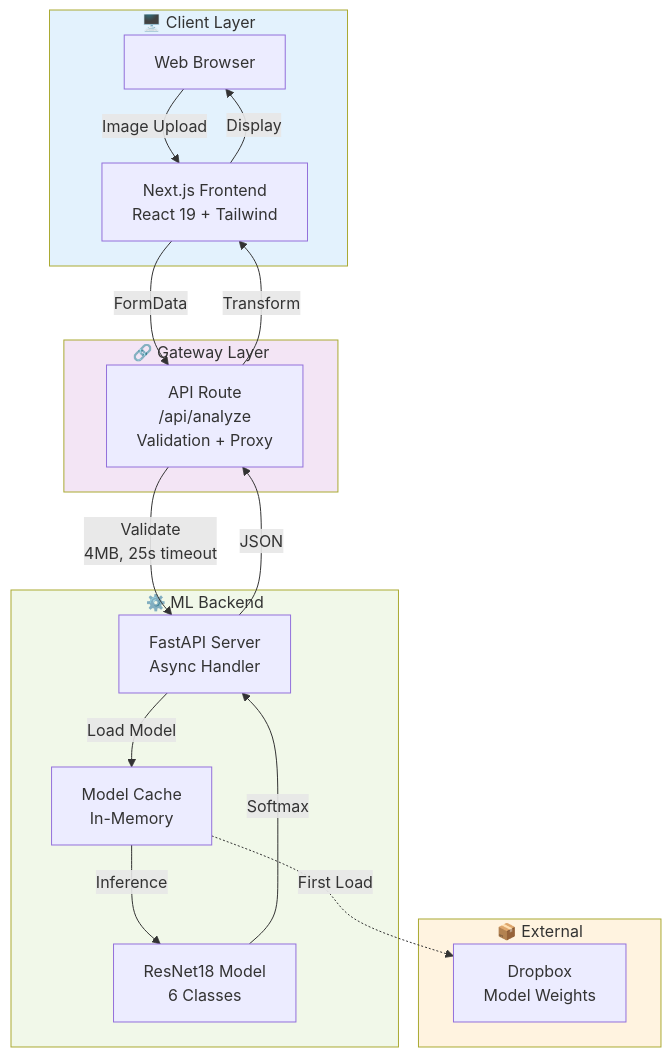
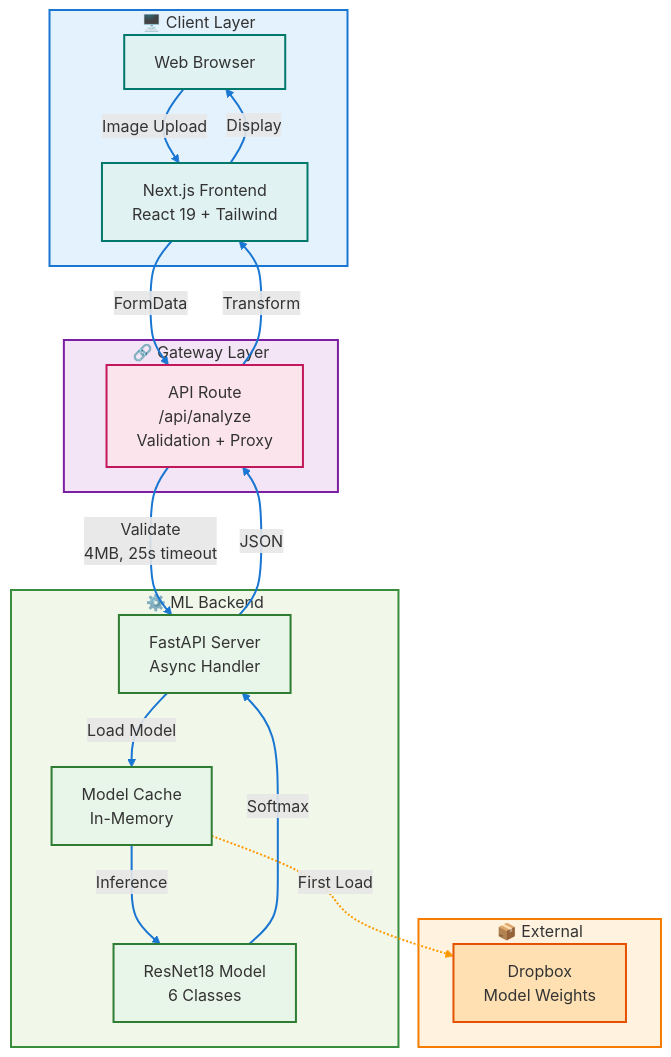
One commit to itssmdsh/MediScan changed the first of 9 diagrams in DOCUMENTATION.md. Above: the diagram before and after it, drawn with Mermaid. The commit also changed other lines of this file, not shown here.

````diff
--- a/DOCUMENTATION.md
+++ b/DOCUMENTATION.md
@@ -22,37 +22,47 @@
 ```mermaid
 graph TB
     subgraph Client["🖥️ Client Layer"]
         Browser["Web Browser"]
         UI["Next.js Frontend<br/>React 19 + Tailwind"]
     end
     
     subgraph Gateway["🔗 Gateway Layer"]
         Route["API Route<br/>/api/analyze<br/>Validation + Proxy"]
     end
     
     subgraph Backend["⚙️ ML Backend"]
         FastAPI["FastAPI Server<br/>Async Handler"]
         Model["ResNet18 Model<br/>6 Classes"]
         Cache["Model Cache<br/>In-Memory"]
     end
     
     subgraph External["📦 External"]
         Dropbox["Dropbox<br/>Model Weights"]
     end
     
     Browser -->|Image Upload| UI
     UI -->|FormData| Route
     Route -->|Validate<br/>4MB, 25s timeout| FastAPI
     FastAPI -->|Load Model| Cache
     Cache -->|Inference| Model
     Model -->|Softmax| FastAPI
     FastAPI -->|JSON| Route
     Route -->|Transform| UI
     UI -->|Display| Browser
     Cache -.->|First Load| Dropbox
     
-    style Client fill:#e3f2fd
-    style Gateway fill:#f3e5f5
-    style Backend fill:#f1f8e9
-    style External fill:#fff3e0
+    style Client fill:#e3f2fd,stroke:#1976d2,stroke-width:2px
+    style Gateway fill:#f3e5f5,stroke:#7b1fa2,stroke-width:2px
+    style Backend fill:#f1f8e9,stroke:#388e3c,stroke-width:2px
+    style External fill:#fff3e0,stroke:#f57c00,stroke-width:2px
+    style Browser fill:#e0f2f1,stroke:#00796b,stroke-width:2px
+    style UI fill:#e0f2f1,stroke:#00796b,stroke-width:2px
+    style Route fill:#fce4ec,stroke:#c2185b,stroke-width:2px
+    style FastAPI fill:#e8f5e9,stroke:#2e7d32,stroke-width:2px
+    style Model fill:#e8f5e9,stroke:#2e7d32,stroke-width:2px
+    style Cache fill:#e8f5e9,stroke:#2e7d32,stroke-width:2px
+    style Dropbox fill:#ffe0b2,stroke:#e65100,stroke-width:2px
+    
+    linkStyle 0,1,2,3,4,5,6,7,8 stroke:#1976d2,stroke-width:2px
+    linkStyle 9 stroke:#ff9800,stroke-width:2px
 ```
````
